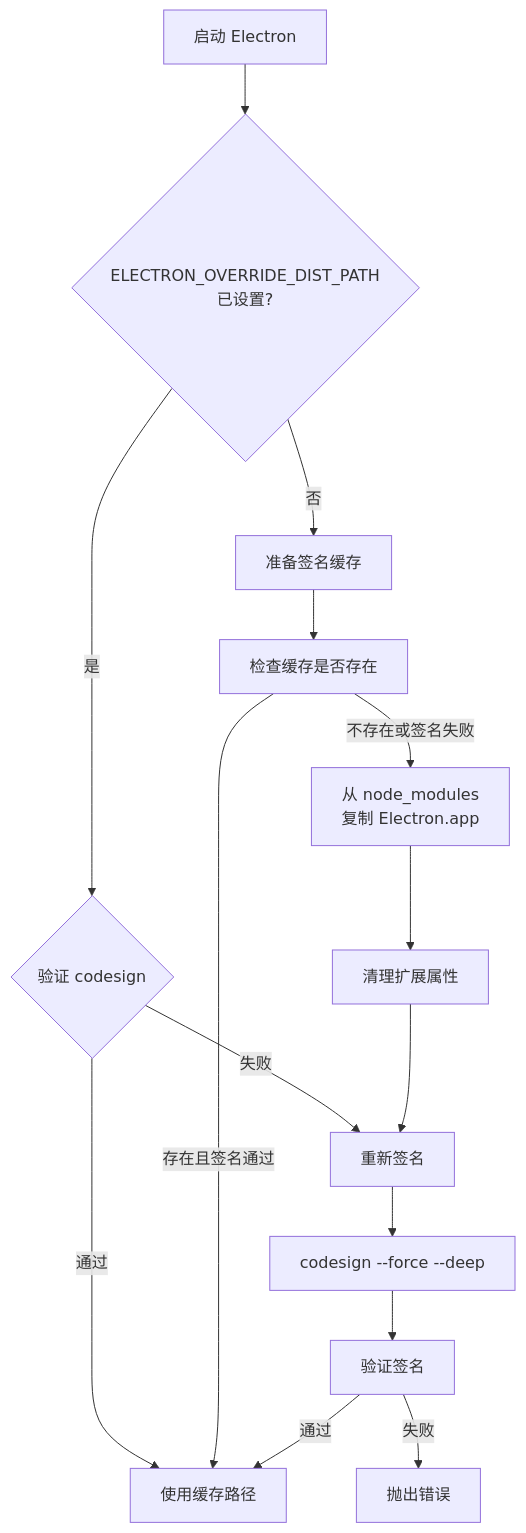
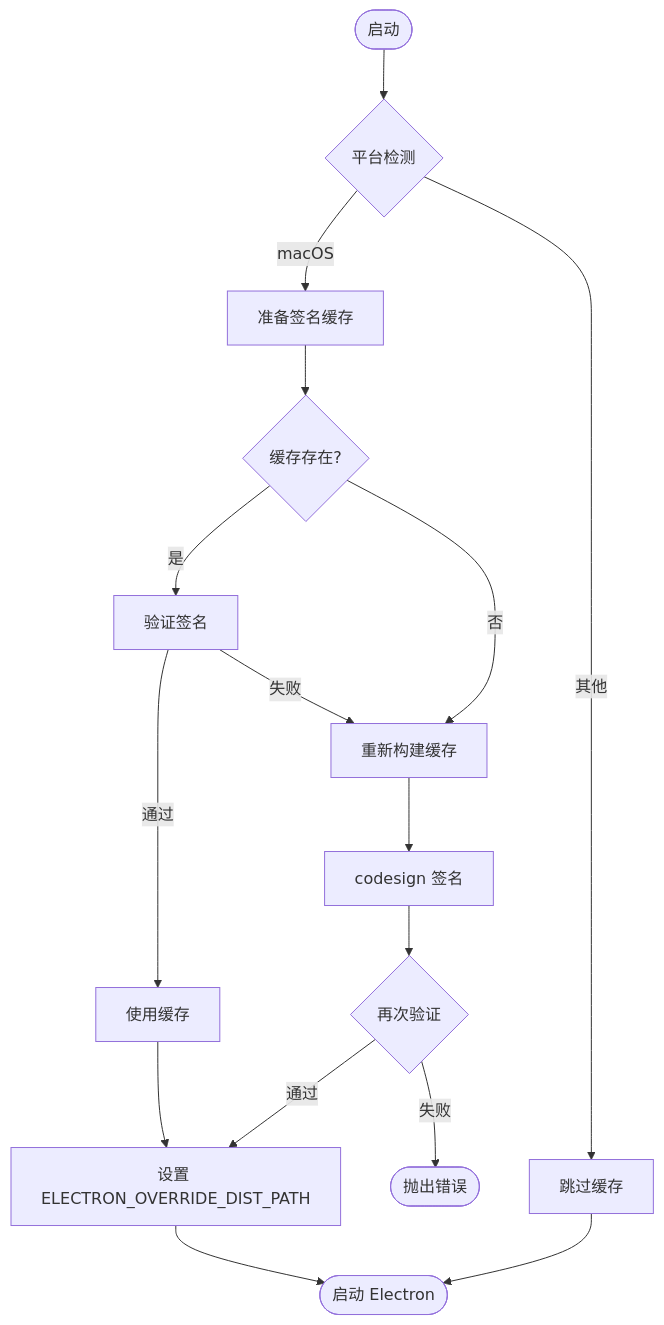
One commit to lst016/tech-cc-hub changed the fourth of 5 diagrams in .tech/repowiki/zh/content/核心模块规格/核心模块规格.md. Above: the diagram before and after it, drawn with Mermaid. The commit also changed other lines of this file and 176 other files, not shown here.

````diff
--- a/.tech/repowiki/zh/content/核心模块规格/核心模块规格.md
+++ b/.tech/repowiki/zh/content/核心模块规格/核心模块规格.md
@@ -327,17 +259,22 @@
 ```mermaid
 flowchart TD
-    A[启动 Electron] --> B{ELECTRON_OVERRIDE_DIST_PATH<br/>已设置?}
-    B -->|是| C{验证 codesign}
-    B -->|否| D[准备签名缓存]
-    C -->|通过| E[使用缓存路径]
-    C -->|失败| F[重新签名]
-    D --> G[检查缓存是否存在]
-    G -->|存在且签名通过| E
-    G -->|不存在或签名失败| H[从 node_modules<br/>复制 Electron.app]
-    H --> I[清理扩展属性]
-    I --> F
-    F --> J[codesign --force --deep]
-    J --> K[验证签名]
-    K -->|通过| E
-    K -->|失败| L[抛出错误]
+    Start([启动]) --> CheckPlatform{平台检测}
+    CheckPlatform -->|macOS| PrepareCache[准备签名缓存]
+    CheckPlatform -->|其他| SkipCache[跳过缓存]
+
+    PrepareCache --> CheckCache{缓存存在?}
+    CheckCache -->|是| VerifySign[验证签名]
+    VerifySign -->|通过| UseCache[使用缓存]
+    VerifySign -->|失败| BuildCache[重新构建缓存]
+
+    CheckCache -->|否| BuildCache
+
+    UseCache --> SetEnv[设置 ELECTRON_OVERRIDE_DIST_PATH]
+    BuildCache --> SignApp[codesign 签名]
+    SignApp --> VerifyAgain{再次验证}
+    VerifyAgain -->|通过| SetEnv
+    VerifyAgain -->|失败| Error([抛出错误])
+
+    SetEnv --> Launch([启动 Electron])
+    SkipCache --> Launch
 ```
````
